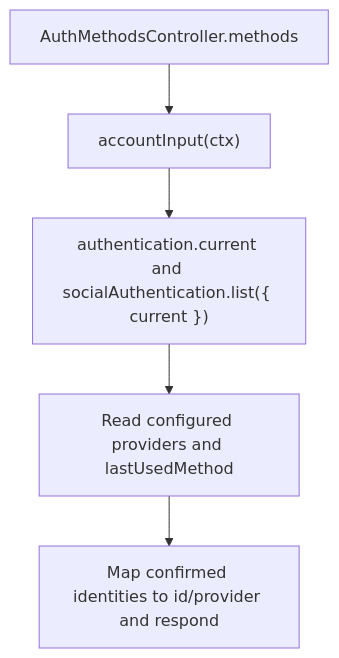
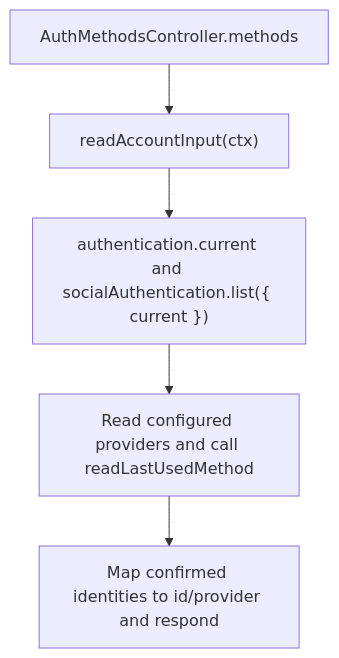
One commit to Kevinjohn/oss-adonisjs-starter-examples changed the second of 2 diagrams in user-stories/api/us-api-03-read-sign-in-methods.md. Above: the diagram before and after it, drawn with Mermaid. The commit also changed other lines of this file and 27 other files, not shown here.

````diff
--- a/user-stories/api/us-api-03-read-sign-in-methods.md
+++ b/user-stories/api/us-api-03-read-sign-in-methods.md
@@ -31,7 +31,7 @@
 ```mermaid
 flowchart TD
-    A["AuthMethodsController.methods"] --> B["accountInput(ctx)"]
+    A["AuthMethodsController.methods"] --> B["readAccountInput(ctx)"]
     B --> C["authentication.current and socialAuthentication.list({ current })"]
-    C --> D["Read configured providers and lastUsedMethod"]
+    C --> D["Read configured providers and call readLastUsedMethod"]
     D --> E["Map confirmed identities to id/provider and respond"]
 ```
````
